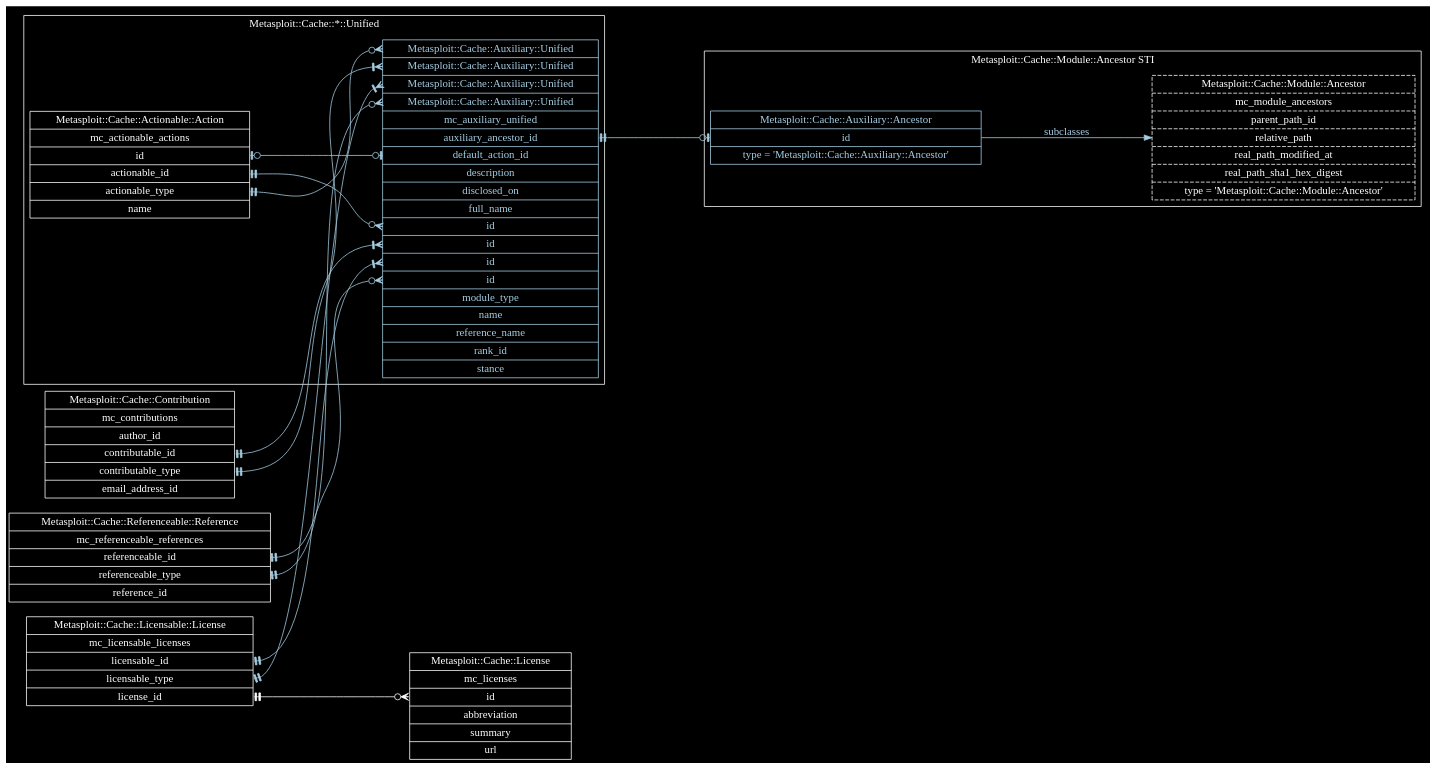
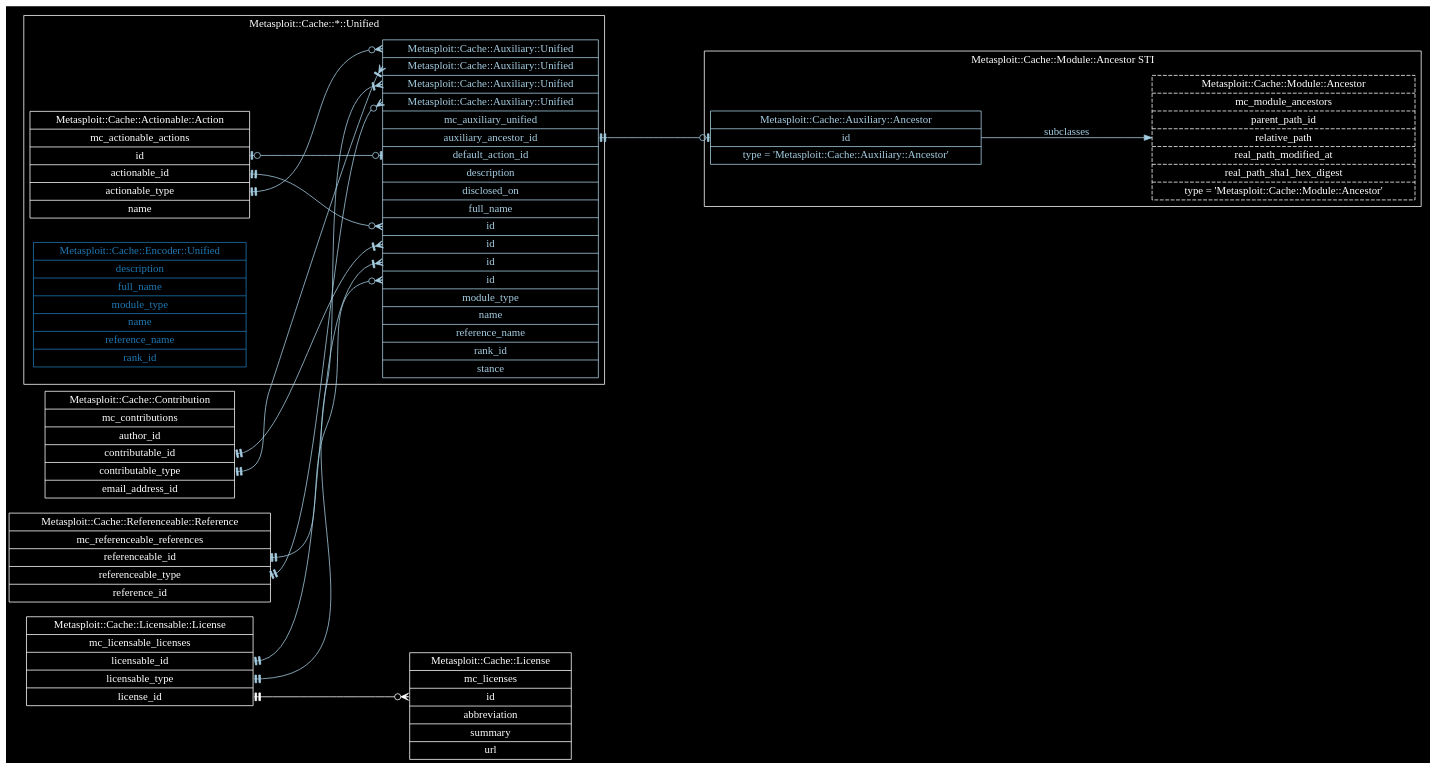
One commit to rapid7/metasploit-cache changed the diagram in docs/metasploit-cache-read-model.dot. Above: the diagram before and after it, drawn with Graphviz.

Commit message:
Encoder::Unified
MSP-12192

```diff
--- a/docs/metasploit-cache-read-model.dot
+++ b/docs/metasploit-cache-read-model.dot
@@ -1,147 +1,153 @@
 digraph "Metasploit::Cache Read Model" {
   edge [
     color = "white"
     fontcolor = "white"
   ]
   graph [
     bgcolor = "black"
     rankdir = "LR"
     ranksep = "2"
   ]
   node [
     color = "white"
     fontcolor = "white"
     shape = "record"
   ]
 
   "Metasploit::Cache::Actionable::Action" [
     label = "Metasploit::Cache::Actionable::Action | mc_actionable_actions | <id>id | <actionable_id>actionable_id | <actionable_type>actionable_type | name"
   ]
 
   "Metasploit::Cache::Actionable::Action":actionable_id -> "Metasploit::Cache::Auxiliary::Unified":id_for_actionable_id [
     arrowhead = "crowodot"
     arrowtail = "teetee"
     color = "/paired9/1"
     dir = "both"
   ]
 
   "Metasploit::Cache::Actionable::Action":actionable_type -> "Metasploit::Cache::Auxiliary::Unified":type_for_actionable_type [
     arrowhead = "crowodot"
     arrowtail = "teetee"
     color = "/paired9/1"
     dir = "both"
   ]
 
   "Metasploit::Cache::Contribution" [
     label = "Metasploit::Cache::Contribution | mc_contributions | author_id | <contributable_id>contributable_id | <contributable_type>contributable_type | email_address_id"
   ]
 
   "Metasploit::Cache::Contribution":contributable_id -> "Metasploit::Cache::Auxiliary::Unified":id_for_contributable_id [
     arrowhead = "crowtee"
     arrowtail = "teetee"
     color = "/paired9/1"
     dir = "both"
   ]
 
   "Metasploit::Cache::Contribution":contributable_type -> "Metasploit::Cache::Auxiliary::Unified":type_for_contributable_type [
     arrowhead = "crowtee"
     arrowtail = "teetee"
     color = "/paired9/1"
     dir = "both"
   ]
 
   "Metasploit::Cache::License" [
     label = "Metasploit::Cache::License | mc_licenses | <id>id | abbreviation | summary | url"
   ]
 
   "Metasploit::Cache::Licensable::License" [
     label = "Metasploit::Cache::Licensable::License | mc_licensable_licenses | <licensable_id>licensable_id | <licensable_type>licensable_type | <license_id>license_id"
   ]
 
   "Metasploit::Cache::Licensable::License":licensable_id -> "Metasploit::Cache::Auxiliary::Unified":id_for_licensable_id [
     arrowhead = "crowtee"
     arrowtail = "teetee"
     color = "/paired9/1"
     dir = "both"
   ]
 
   "Metasploit::Cache::Licensable::License":licensable_type -> "Metasploit::Cache::Auxiliary::Unified":type_for_licensable_type [
     arrowhead = "crowtee"
     arrowtail = "teetee"
     color = "/paired9/1"
     dir = "both"
   ]
 
   "Metasploit::Cache::Licensable::License":license_id -> "Metasploit::Cache::License":id [
     arrowhead = "crowodot"
     arrowtail = "teetee"
     dir = "both"
   ]
 
   "Metasploit::Cache::Referenceable::Reference" [
     label = "Metasploit::Cache::Referenceable::Reference | mc_referenceable_references | <referenceable_id>referenceable_id | <referenceable_type>referenceable_type | reference_id"
   ]
 
   "Metasploit::Cache::Referenceable::Reference":referenceable_id -> "Metasploit::Cache::Auxiliary::Unified":id_for_referenceable_id [
     arrowhead = "crowodot"
     arrowtail = "teetee"
     color = "/paired9/1"
     dir = "both"
   ]
 
   "Metasploit::Cache::Referenceable::Reference":referenceable_type -> "Metasploit::Cache::Auxiliary::Unified":type_for_referenceable_type [
     arrowhead = "crowodot"
     arrowtail = "teetee"
     color = "/paired9/1"
     dir = "both"
   ]
 
   subgraph cluster_mc_module_ancestors {
     color = "white"
     fontcolor = "white"
     label = "Metasploit::Cache::Module::Ancestor STI"
 
     "Metasploit::Cache::Module::Ancestor" [
       label = "Metasploit::Cache::Module::Ancestor | mc_module_ancestors | parent_path_id | relative_path | real_path_modified_at | real_path_sha1_hex_digest | type = 'Metasploit::Cache::Module::Ancestor'"
       style = "dashed"
     ]
 
     "Metasploit::Cache::Auxiliary::Ancestor" [
       fontcolor = "/paired9/1"
       label = "Metasploit::Cache::Auxiliary::Ancestor | <id>id | type = 'Metasploit::Cache::Auxiliary::Ancestor'"
       color = "/paired9/1"
     ]
 
     "Metasploit::Cache::Auxiliary::Ancestor" -> "Metasploit::Cache::Module::Ancestor" [
       color = "/paired9/1"
       fontcolor = "/paired9/1"
       label = "subclasses"
     ]
   }
 
   subgraph cluster_metasploit_cache_unified {
     color = "white"
     fontcolor = "white"
     label = "Metasploit::Cache::*::Unified"
 
     "Metasploit::Cache::Auxiliary::Unified" [
       color = "/paired9/1"
       fontcolor = "/paired9/1"
       label = "<type_for_actionable_type>Metasploit::Cache::Auxiliary::Unified | <type_for_contributable_type>Metasploit::Cache::Auxiliary::Unified | <type_for_licensable_type>Metasploit::Cache::Auxiliary::Unified | <type_for_referenceable_type>Metasploit::Cache::Auxiliary::Unified | mc_auxiliary_unified | <auxiliary_ancestor_id>auxiliary_ancestor_id | <default_action_id>default_action_id | description | disclosed_on | full_name | <id_for_actionable_id>id | <id_for_contributable_id>id | <id_for_licensable_id>id | <id_for_referenceable_id>id | module_type | name | reference_name | rank_id | stance"
     ]
 
     "Metasploit::Cache::Auxiliary::Unified":auxiliary_ancestor_id -> "Metasploit::Cache::Auxiliary::Ancestor":id [
       arrowhead = "teeodot"
       arrowtail = "teetee"
       color = "/paired9/1"
       dir = "both"
     ]
 
     "Metasploit::Cache::Auxiliary::Unified":default_action_id -> "Metasploit::Cache::Actionable::Action":id [
       arrowhead = "teeodot"
       arrowtail = "teeodot"
       color = "/paired9/1"
       dir = "both"
     ]
+
+    "Metasploit::Cache::Encoder::Unified" [
+      color = "/paired9/2"
+      fontcolor = "/paired9/2"
+      label = "Metasploit::Cache::Encoder::Unified | description | full_name | module_type | name | reference_name | rank_id"
+    ]
   }
 }
```
